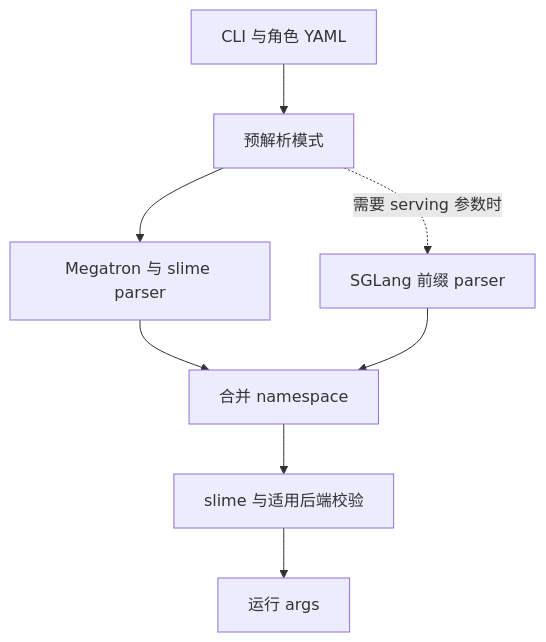
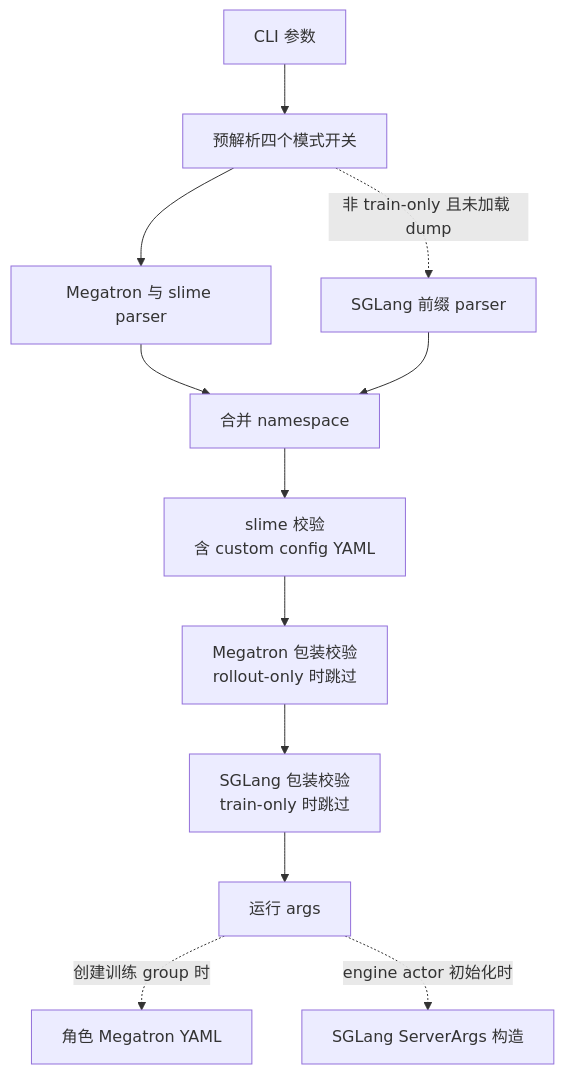
The second of 11 diagrams in wiki/02_engineering/04_posttrain_frameworks/slime/01_slime_architecture_overview_analysis.md (suhaibo666/llm-knowledge), drawn with Mermaid before and after one commit. The commit also changed other lines of this file and 223 other files, not shown here.

````diff
--- a/wiki/02_engineering/04_posttrain_frameworks/slime/01_slime_architecture_overview_analysis.md
+++ b/wiki/02_engineering/04_posttrain_frameworks/slime/01_slime_architecture_overview_analysis.md
@@ -190,10 +247,14 @@
 ```mermaid
 flowchart TB
-    CLI["CLI 与角色 YAML"] --> Pre["预解析模式"]
+    CLI["CLI 参数"] --> Pre["预解析四个模式开关"]
     Pre --> Meg["Megatron 与 slime parser"]
-    Pre -.->|需要 serving 参数时| SG["SGLang 前缀 parser"]
+    Pre -.->|非 train-only 且未加载 dump| SG["SGLang 前缀 parser"]
     Meg --> Merge["合并 namespace"]
     SG --> Merge
-    Merge --> Validate["slime 与适用后端校验"]
-    Validate --> Args["运行 args"]
+    Merge --> V1["slime 校验<br/>含 custom config YAML"]
+    V1 --> V2["Megatron 包装校验<br/>rollout-only 时跳过"]
+    V2 --> V3["SGLang 包装校验<br/>train-only 时跳过"]
+    V3 --> Args["运行 args"]
+    Args -.->|创建训练 group 时| Role["角色 Megatron YAML"]
+    Args -.->|engine actor 初始化时| SA["SGLang ServerArgs 构造"]
 ```
````
